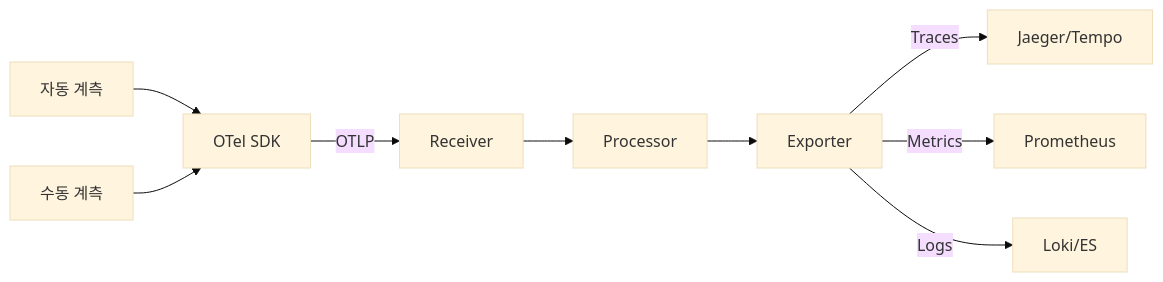
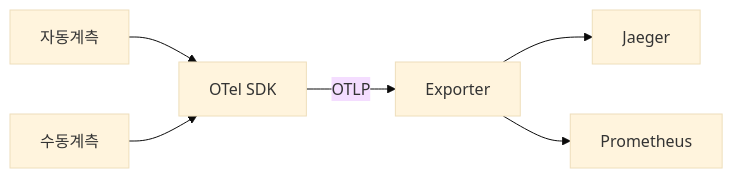
One commit to yjkim2015/yjkim2015.github.io changed the third of 7 diagrams in _posts/monitoring/2026-05-03-distributed-tracing.md. Above: the diagram before and after it, drawn with Mermaid (base theme). The commit also changed other lines of this file and 163 other files, not shown here.

First line of the commit message:
Mermaid 300개 블록 내용 축소: 5노드 5엣지 이하, 의미 있는 약어

````diff
--- a/_posts/monitoring/2026-05-03-distributed-tracing.md
+++ b/_posts/monitoring/2026-05-03-distributed-tracing.md
@@ -176,10 +176,6 @@
 ```mermaid
 graph LR
-    AUTO["자동 계측"] --> SDK["OTel SDK"]
-    MANUAL["수동 계측"] --> SDK
-    SDK -->|OTLP| RECV["Receiver"]
-    RECV --> PROC["Processor"] --> EXPO["Exporter"]
-    EXPO -->|Traces| JAEGER["Jaeger/Tempo"]
-    EXPO -->|Metrics| PROM["Prometheus"]
-    EXPO -->|Logs| LOKI["Loki/ES"]
+    AUTO["자동계측"] & MANUAL["수동계측"] --> SDK["OTel SDK"]
+    SDK -->|OTLP| EXPO["Exporter"]
+    EXPO --> JAEGER["Jaeger"] & PROM["Prometheus"]
 ```
````
